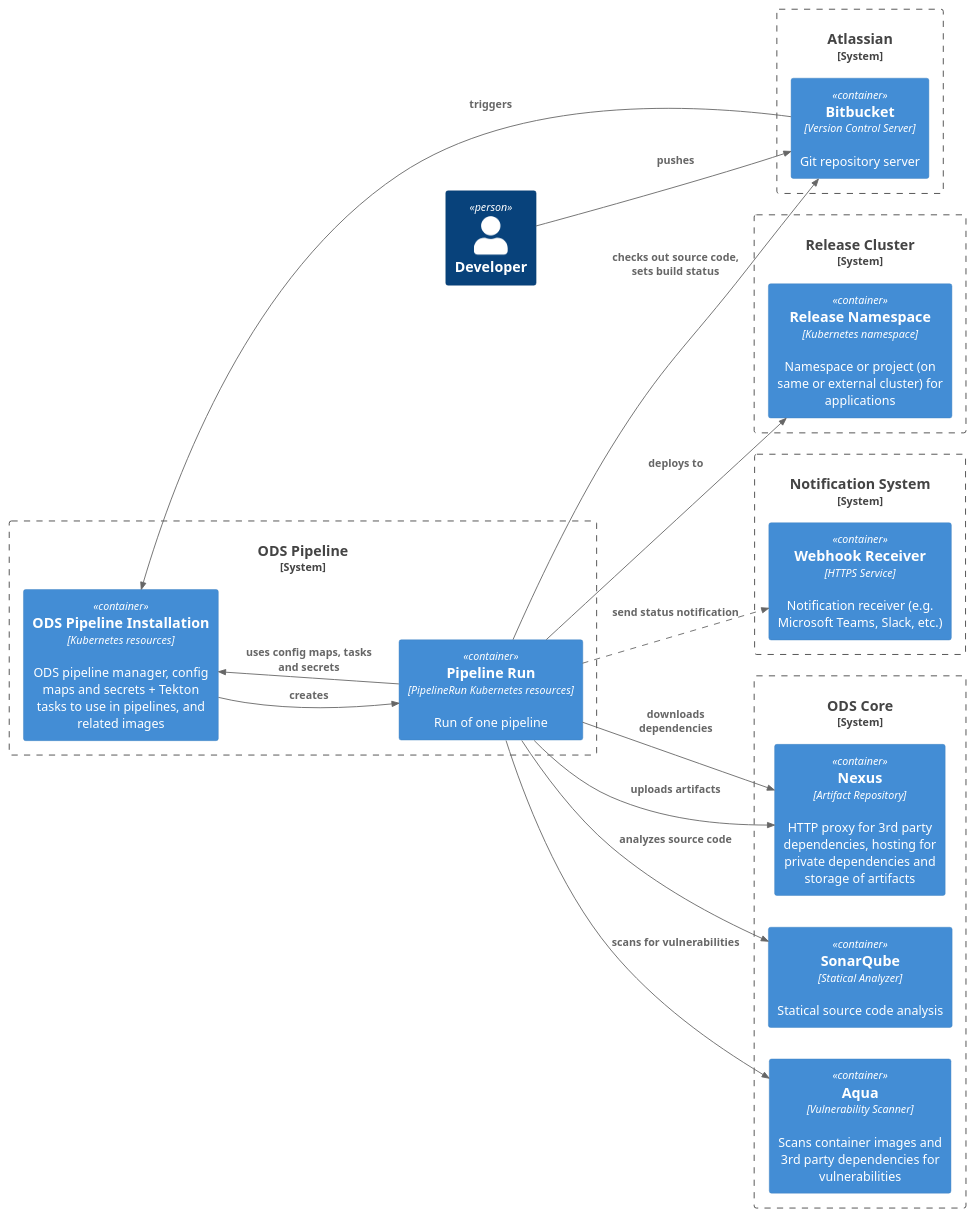
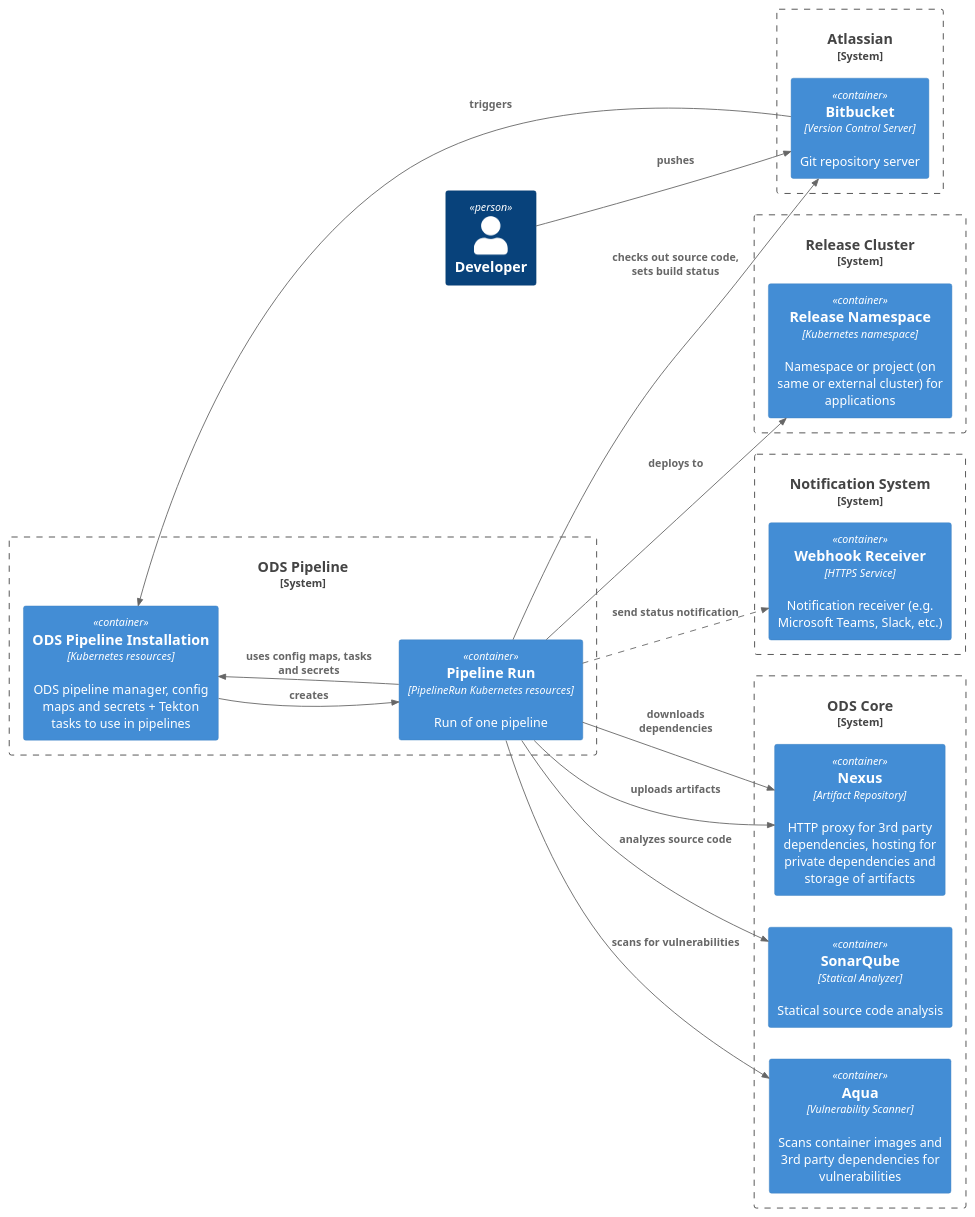
One commit to opendevstack/ods-pipeline changed the diagram in docs/architecture/container-system.puml. Above: the diagram before and after it, drawn with PlantUML.

Commit message:
Update container-system.puml
[ci skip]

```diff
--- a/docs/architecture/container-system.puml
+++ b/docs/architecture/container-system.puml
@@ -1,58 +1,58 @@
 @startuml "container-system"
 !include https://raw.githubusercontent.com/plantuml-stdlib/C4-PlantUML/master/C4_Container.puml
 ' uncomment the following line and comment the first to use locally
 ' !include C4_Container.puml
 
 LAYOUT_LEFT_RIGHT()
 
 AddRelTag("optional", $lineStyle = DashedLine())
 
 Person(developer, "Developer")
 
 System_Boundary(pipeline, "ODS Pipeline"){
 
-    Container(installation, "ODS Pipeline Installation", "Kubernetes resources", "ODS pipeline manager, config maps and secrets + Tekton tasks to use in pipelines, and related images")
+    Container(installation, "ODS Pipeline Installation", "Kubernetes resources", "ODS pipeline manager, config maps and secrets + Tekton tasks to use in pipelines")
 
     Container(pipeline_run, "Pipeline Run", "PipelineRun Kubernetes resources", "Run of one pipeline")
 
 }
 
 System_Boundary(core, "ODS Core"){
 
     Container(nexus, "Nexus", "Artifact Repository", "HTTP proxy for 3rd party dependencies, hosting for private dependencies and storage of artifacts")
 
     Container(sonarqube, "SonarQube", "Statical Analyzer", "Statical source code analysis")
 
     Container(aqua, "Aqua", "Vulnerability Scanner", "Scans container images and 3rd party dependencies for vulnerabilities")
 
 }
 
 System_Boundary(atlassian, "Atlassian"){
 
     Container(bitbucket, "Bitbucket", "Version Control Server", "Git repository server")
 
 }
 
 System_Boundary(release_cluster, "Release Cluster"){
 
     Container(release_namespace, "Release Namespace", "Kubernetes namespace", "Namespace or project (on same or external cluster) for applications")
 
 }
 
 System_Boundary(webhook_receiver_system, "Notification System") {
     Container(webhook_receiver, "Webhook Receiver", "HTTPS Service", "Notification receiver (e.g. Microsoft Teams, Slack, etc.)")
 }
 
 Rel(pipeline_run, nexus, "downloads dependencies")
 Rel(pipeline_run, nexus, "uploads artifacts")
 Rel(pipeline_run, sonarqube, "analyzes source code")
 Rel(pipeline_run, aqua, "scans for vulnerabilities")
 Rel(pipeline_run, bitbucket, "checks out source code, sets build status")
 Rel(bitbucket, installation, "triggers")
 Rel(installation, pipeline_run, "creates")
 Rel(pipeline_run, installation, "uses config maps, tasks and secrets")
 Rel(pipeline_run, release_namespace, "deploys to")
 Rel(developer, bitbucket, "pushes")
 Rel(pipeline_run, webhook_receiver, "send status notification", $tags="optional")
 
 @enduml
```
